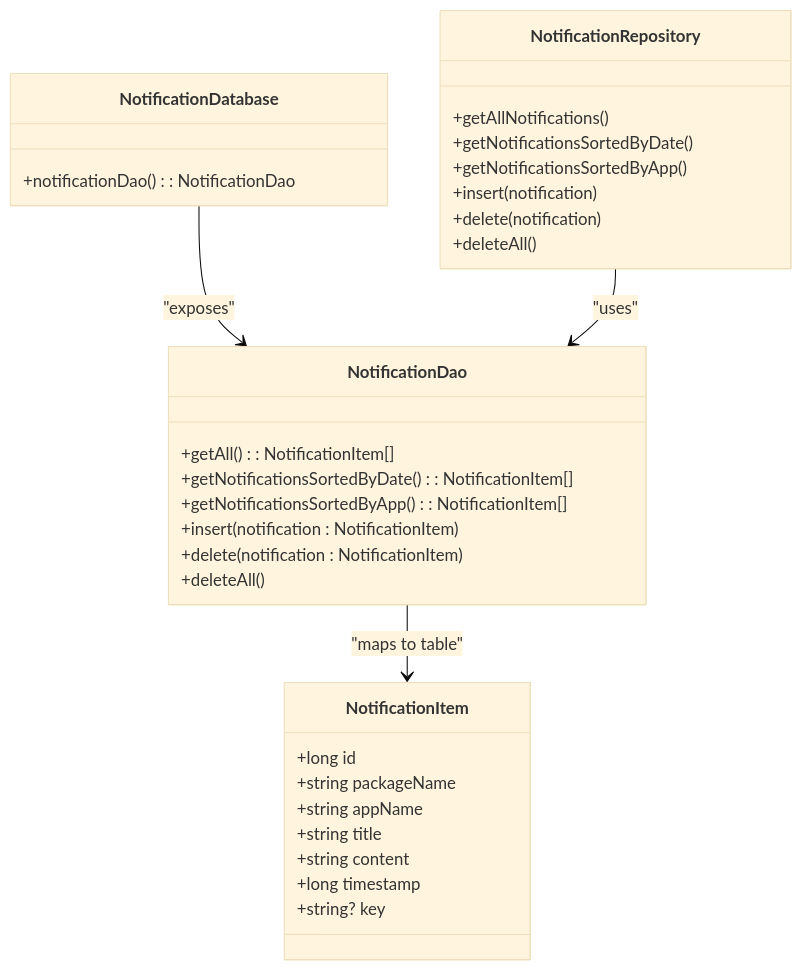
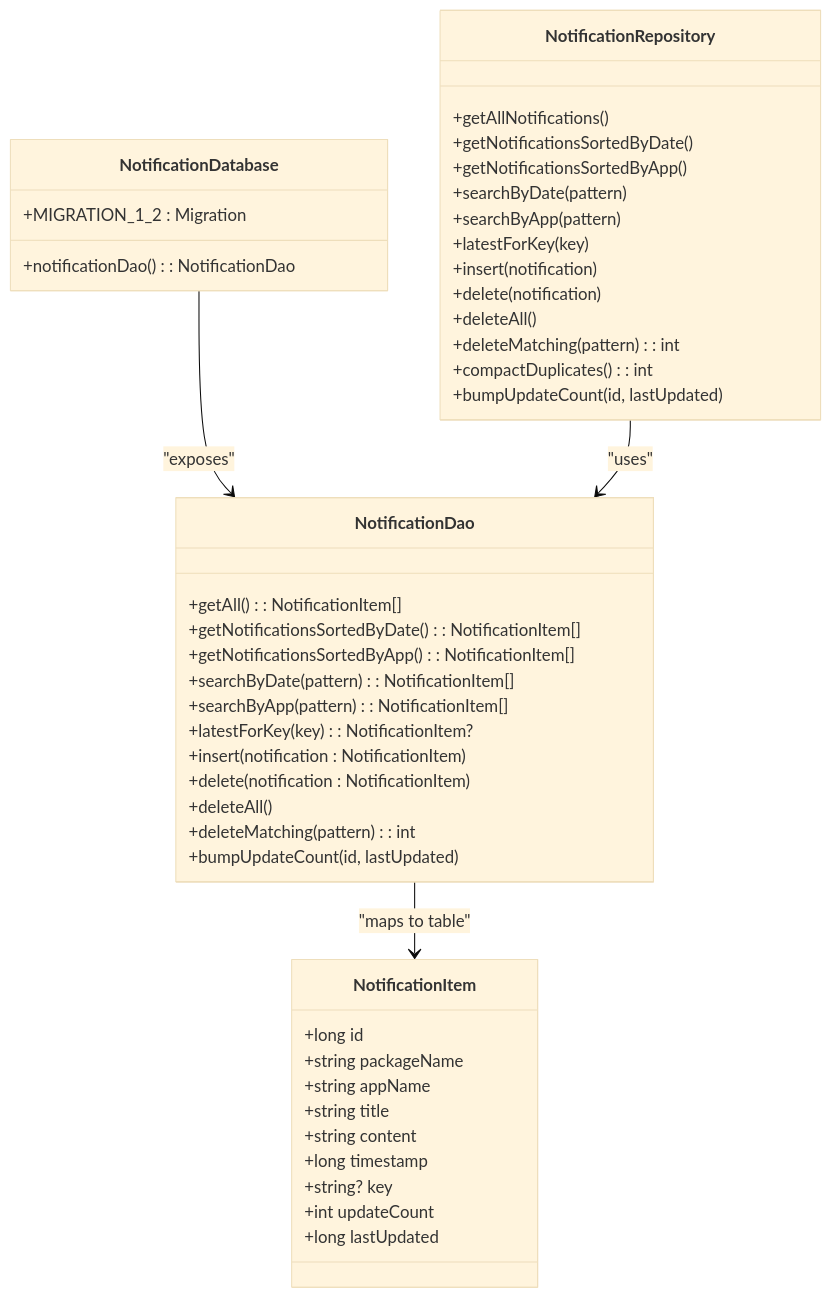
The third of 3 diagrams in .qoder/repowiki/en/content/Data Management/Data Access Objects.md (caldefoc/NotificationLog), drawn with Mermaid (base theme) before and after one commit. The commit also changed other lines of this file and 13 other files, not shown here.

````diff
--- a/.qoder/repowiki/en/content/Data Management/Data Access Objects.md
+++ b/.qoder/repowiki/en/content/Data Management/Data Access Objects.md
@@ -245,34 +344,48 @@
 ```mermaid
 classDiagram
 class NotificationItem {
 +long id
 +string packageName
 +string appName
 +string title
 +string content
 +long timestamp
 +string? key
++int updateCount
++long lastUpdated
 }
 class NotificationDao {
 +getAll() : NotificationItem[]
 +getNotificationsSortedByDate() : NotificationItem[]
 +getNotificationsSortedByApp() : NotificationItem[]
++searchByDate(pattern) : NotificationItem[]
++searchByApp(pattern) : NotificationItem[]
++latestForKey(key) : NotificationItem?
 +insert(notification : NotificationItem)
 +delete(notification : NotificationItem)
 +deleteAll()
++deleteMatching(pattern) : int
++bumpUpdateCount(id, lastUpdated)
 }
 class NotificationDatabase {
 +notificationDao() : NotificationDao
++MIGRATION_1_2 : Migration
 }
 class NotificationRepository {
 +getAllNotifications()
 +getNotificationsSortedByDate()
 +getNotificationsSortedByApp()
++searchByDate(pattern)
++searchByApp(pattern)
++latestForKey(key)
 +insert(notification)
 +delete(notification)
 +deleteAll()
++deleteMatching(pattern) : int
++compactDuplicates() : int
++bumpUpdateCount(id, lastUpdated)
 }
 NotificationDatabase --> NotificationDao : "exposes"
 NotificationRepository --> NotificationDao : "uses"
 NotificationDao --> NotificationItem : "maps to table"
 ```
````
